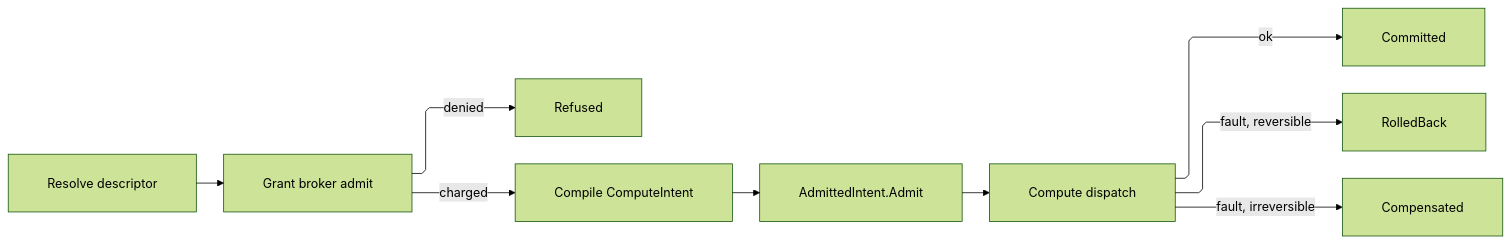
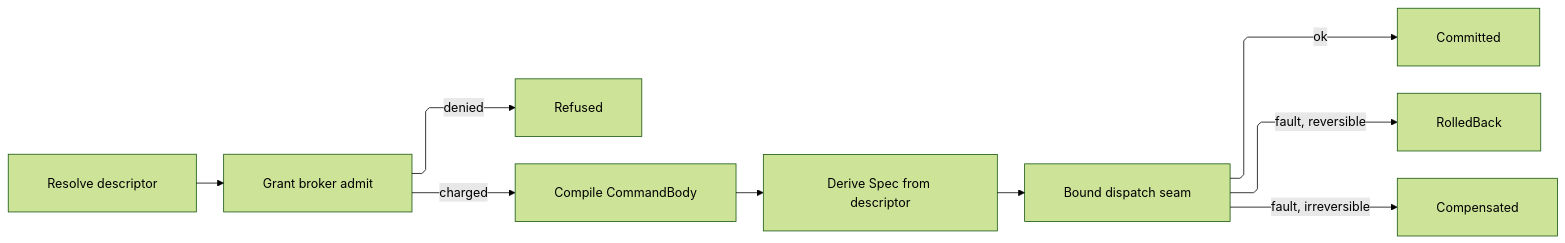
The diagram in libs/csharp/Rasm.AppHost/.planning/Agent/capability.md (bsamiee/Rasm), drawn with Mermaid (forest theme) before and after one commit. The commit also changed other lines of this file and 747 other files, not shown here.

````diff
--- a/libs/csharp/Rasm.AppHost/.planning/Agent/capability.md
+++ b/libs/csharp/Rasm.AppHost/.planning/Agent/capability.md
@@ -388,20 +520,20 @@
 ```mermaid
 ---
 config:
   layout: elk
   flowchart:
     curve: linear
     padding: 25
 ---
 flowchart LR
     accTitle: Brokered command lifecycle
-    accDescr: One resolved descriptor passes grant admission, compiles to a compute intent, dispatches, and settles as committed, rolled back, or compensated.
+    accDescr: One resolved descriptor passes grant admission, compiles to a command body, derives its dispatch posture, crosses the one bound seam, and settles as committed, rolled back, or compensated.
     Resolve[Resolve descriptor] --> Broker[Grant broker admit]
     Broker -->|denied| Refused[Refused]
-    Broker -->|charged| Compile[Compile ComputeIntent]
-    Compile --> Admit[AdmittedIntent.Admit]
-    Admit --> Dispatch[Compute dispatch]
+    Broker -->|charged| Compile[Compile CommandBody]
+    Compile --> Posture[Derive Spec from descriptor]
+    Posture --> Dispatch[Bound dispatch seam]
     Dispatch -->|ok| Committed[Committed]
     Dispatch -->|fault, reversible| RolledBack[RolledBack]
     Dispatch -->|fault, irreversible| Compensated[Compensated]
 ```
````
